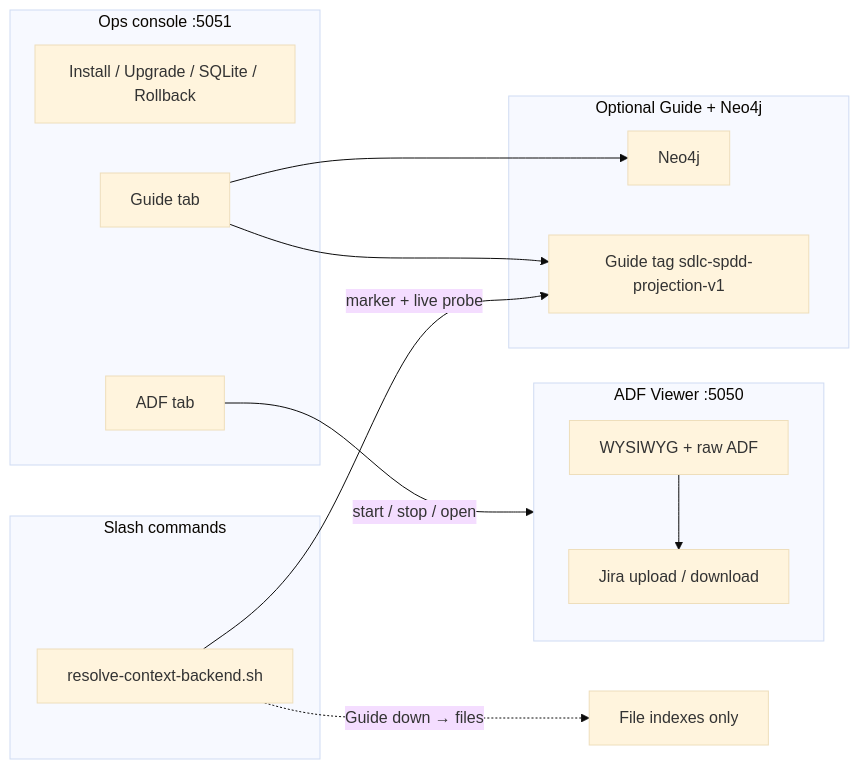
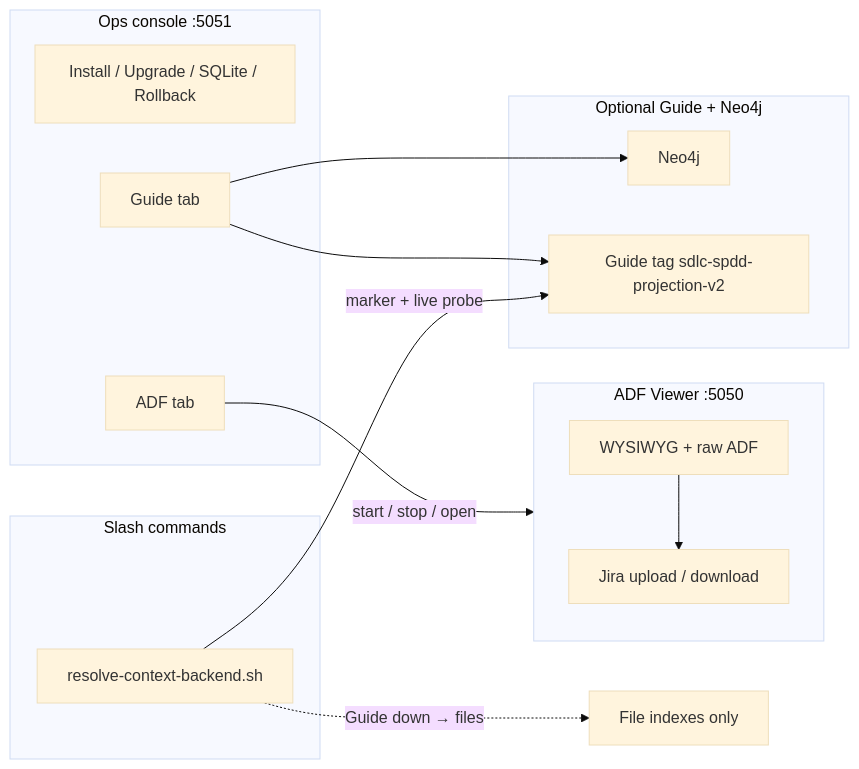
The diagram in docs/ops-console.md (jmjava/sdlc-spdd-orchestrator), drawn with Mermaid (base theme) before and after one commit. The commit also changed other lines of this file and 24 other files, not shown here.

First line of the commit message:
docs+pin: Guide dual-read complete; bump pin to sdlc-spdd-projection-v2

````diff
--- a/docs/ops-console.md
+++ b/docs/ops-console.md
@@ -28,29 +28,29 @@
 ```mermaid
 flowchart LR
   subgraph Console["Ops console :5051"]
     Inst["Install / Upgrade / SQLite / Rollback"]
     GTab["Guide tab"]
     ATab["ADF tab"]
   end
 
   subgraph Viewer["ADF Viewer :5050"]
     Edit["WYSIWYG + raw ADF"]
     Jira["Jira upload / download"]
   end
 
   subgraph GuideStack["Optional Guide + Neo4j"]
     Neo["Neo4j"]
-    Guide["Guide tag sdlc-spdd-projection-v1"]
+    Guide["Guide tag sdlc-spdd-projection-v2"]
   end
 
   subgraph Slash["Slash commands"]
     Resolve["resolve-context-backend.sh"]
   end
 
   ATab -->|"start / stop / open"| Viewer
   Edit --> Jira
   GTab --> Neo
   GTab --> Guide
   Resolve -->|"marker + live probe"| Guide
   Resolve -.->|"Guide down → files"| Files["File indexes only"]
 ```
````
